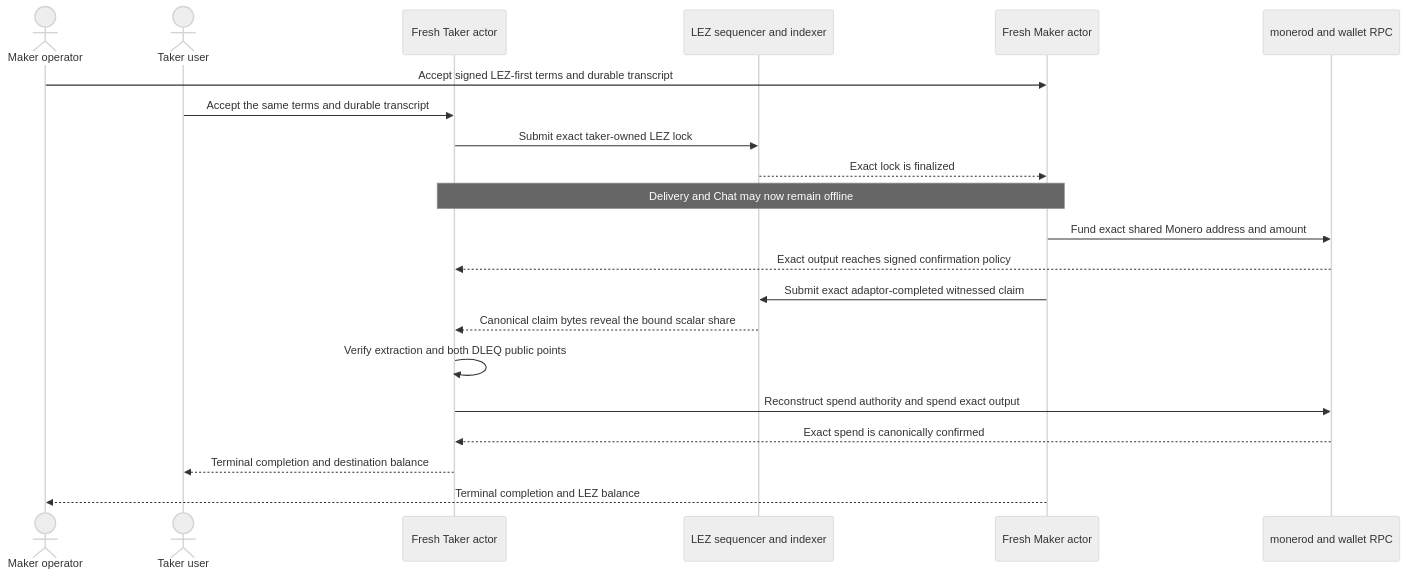
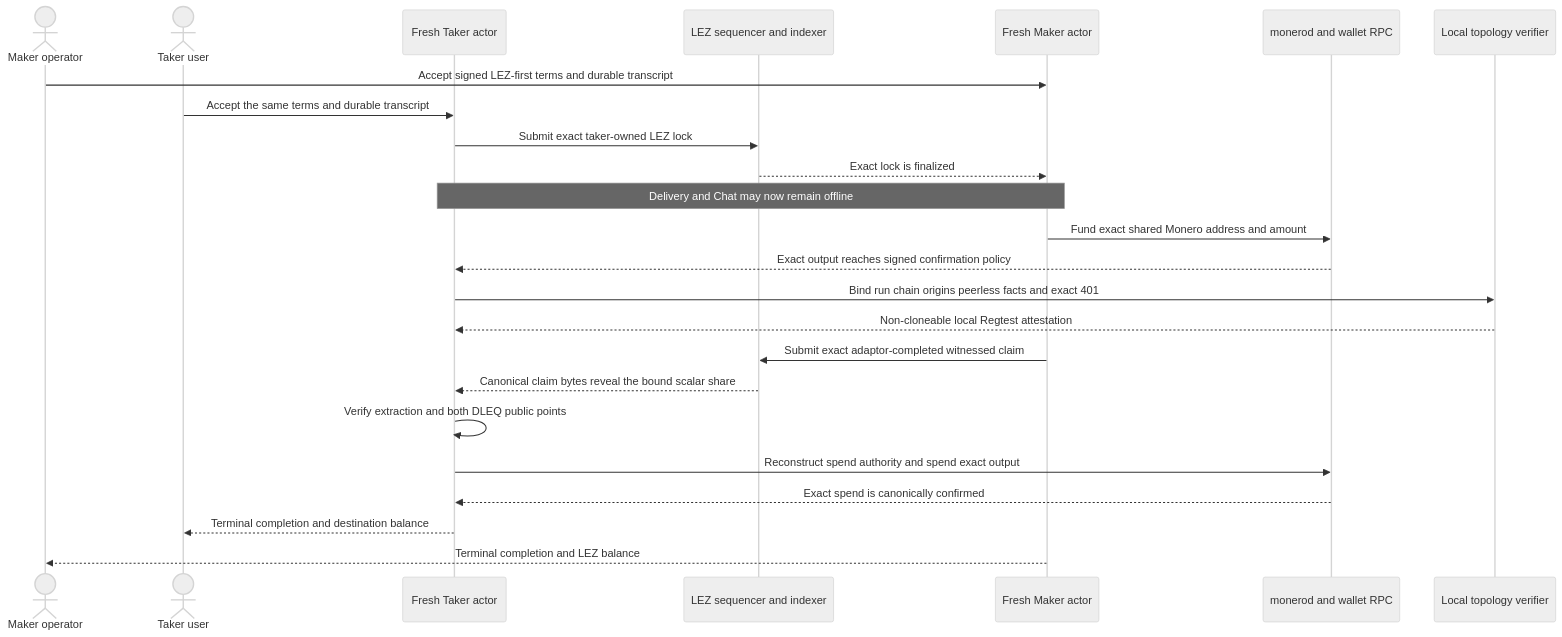
The fourth of 4 diagrams in docs/architecture/0053-enter-m4-through-isolated-monero-regtest.md (gateway-fm/lez-atomic-swaps), drawn with Mermaid (neutral theme) before and after one commit. The commit also changed other lines of this file and 21 other files, not shown here.

````diff
--- a/docs/architecture/0053-enter-m4-through-isolated-monero-regtest.md
+++ b/docs/architecture/0053-enter-m4-through-isolated-monero-regtest.md
@@ -228,24 +247,27 @@
 ```mermaid
 sequenceDiagram
     actor Maker as Maker operator
     actor Taker as Taker user
     participant TakerActor as Fresh Taker actor
     participant Lez as LEZ sequencer and indexer
     participant MakerActor as Fresh Maker actor
     participant Monero as monerod and wallet RPC
+    participant Topology as Local topology verifier
 
     Maker->>MakerActor: Accept signed LEZ-first terms and durable transcript
     Taker->>TakerActor: Accept the same terms and durable transcript
     TakerActor->>Lez: Submit exact taker-owned LEZ lock
     Lez-->>MakerActor: Exact lock is finalized
     Note over MakerActor,TakerActor: Delivery and Chat may now remain offline
     MakerActor->>Monero: Fund exact shared Monero address and amount
     Monero-->>TakerActor: Exact output reaches signed confirmation policy
+    TakerActor->>Topology: Bind run chain origins peerless facts and exact 401
+    Topology-->>TakerActor: Non-cloneable local Regtest attestation
     MakerActor->>Lez: Submit exact adaptor-completed witnessed claim
     Lez-->>TakerActor: Canonical claim bytes reveal the bound scalar share
     TakerActor->>TakerActor: Verify extraction and both DLEQ public points
     TakerActor->>Monero: Reconstruct spend authority and spend exact output
     Monero-->>TakerActor: Exact spend is canonically confirmed
     TakerActor-->>Taker: Terminal completion and destination balance
     MakerActor-->>Maker: Terminal completion and LEZ balance
 ```
````
